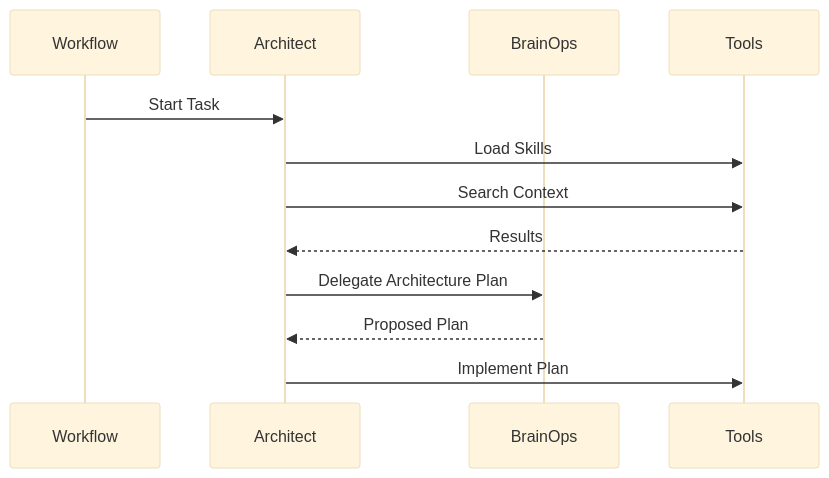
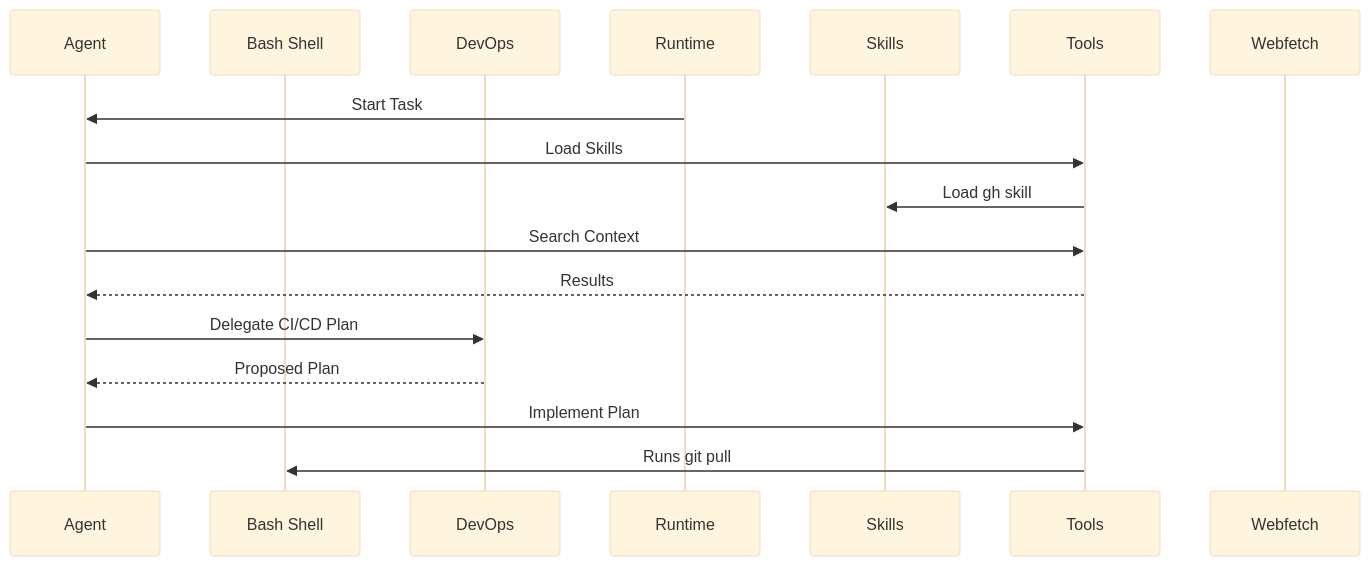
One commit to Cogni-AI-OU/cogni-ai-agent-skills changed the fourth of 10 diagrams in agent-log-analysis/SKILL.md. Above: the diagram before and after it, drawn with Mermaid (base theme).

Commit message:
Update agent execution flow in SKILL.md

````diff
--- a/agent-log-analysis/SKILL.md
+++ b/agent-log-analysis/SKILL.md
@@ -179,15 +179,20 @@
 ```mermaid
 sequenceDiagram
-    participant W as Workflow
-    participant A as Architect
-    participant B as BrainOps
+    participant A as Agent
+    participant B as Bash Shell
+    participant D as DevOps
+    participant R as Runtime
+    participant S as Skills
     participant T as Tools
+    participant W as Webfetch
 
-    W->>A: Start Task
+    R->>A: Start Task
     A->>T: Load Skills
+    T->>S: Load gh skill
     A->>T: Search Context
     T-->>A: Results
-    A->>B: Delegate Architecture Plan
-    B-->>A: Proposed Plan
+    A->>D: Delegate CI/CD Plan
+    D-->>A: Proposed Plan
     A->>T: Implement Plan
+    T->>B: Runs git pull
 ```
````
